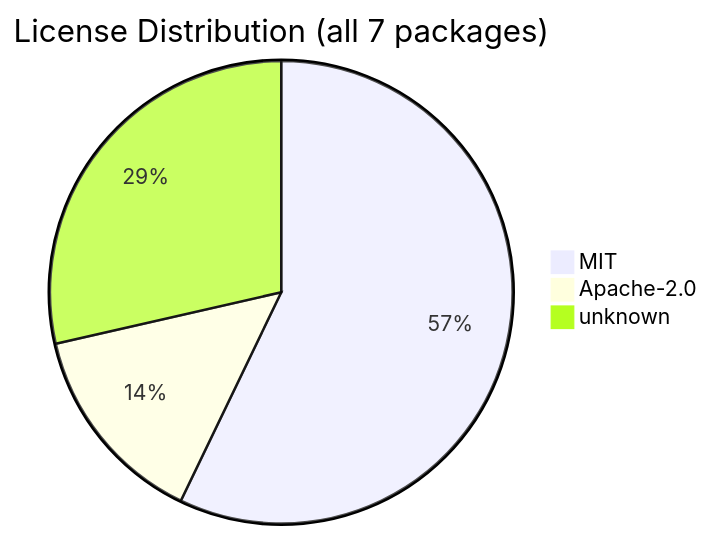
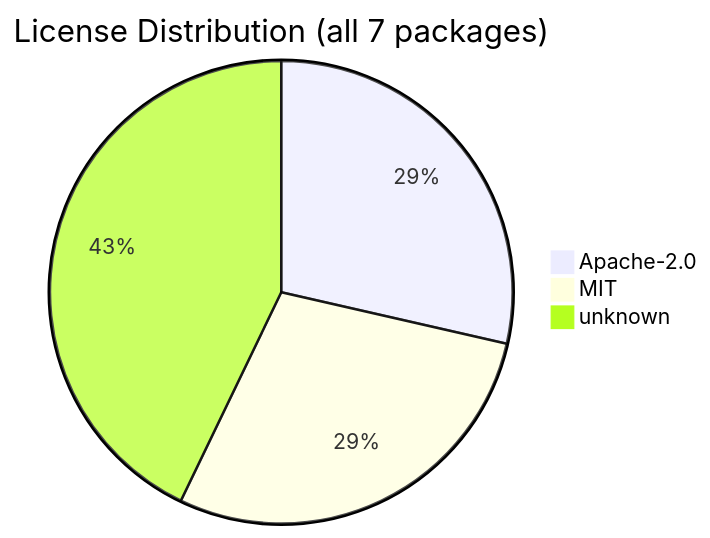
The diagram in .shipwright/compliance/sbom.md (svenroth-ai/shipwright), drawn with Mermaid before and after one commit. The commit also changed other lines of this file and 20 other files, not shown here.

````diff
--- a/.shipwright/compliance/sbom.md
+++ b/.shipwright/compliance/sbom.md
@@ -18,6 +18,6 @@
 ```mermaid
 pie title License Distribution (all 7 packages)
-    "MIT" : 4
-    "Apache-2.0" : 1
-    "unknown" : 2
+    "Apache-2.0" : 2
+    "MIT" : 2
+    "unknown" : 3
 ```
````
